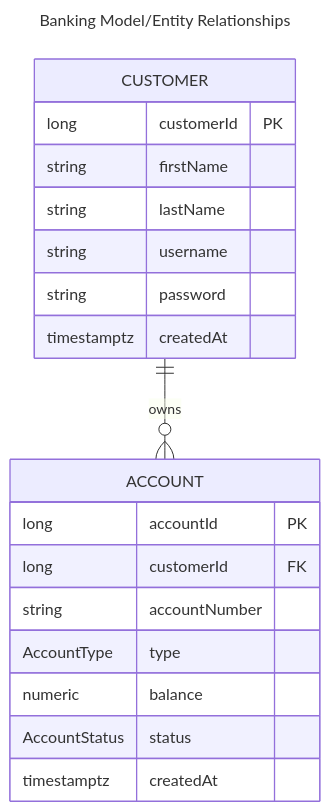
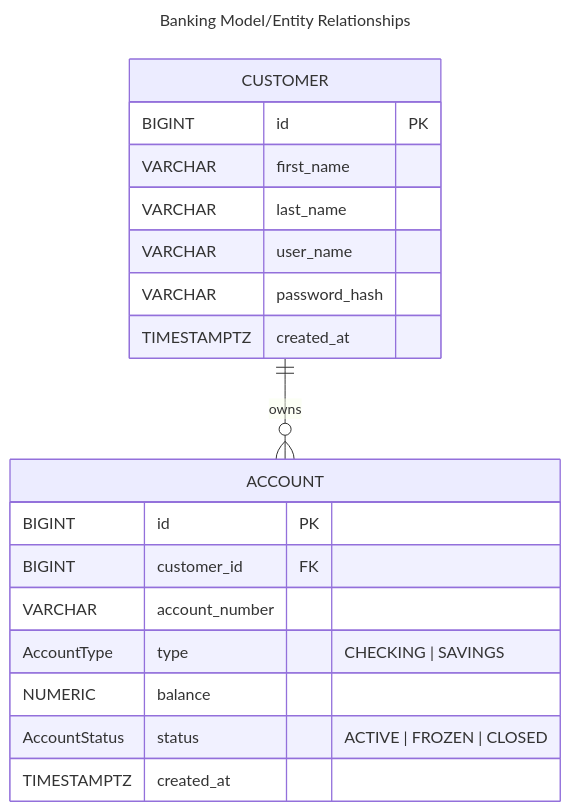
Before and after one commit to schectma/P1BankingApp: the diagram in ERD.md, drawn with Mermaid.

Commit message:
data type conformance to schema

````diff
--- a/ERD.md
+++ b/ERD.md
@@ -1,24 +1,24 @@
 ```mermaid
 ---
 title: Banking Model/Entity Relationships
 ---
 erDiagram
     CUSTOMER ||--o{ ACCOUNT : owns
     CUSTOMER{
-        long customerId PK
-        string firstName
-        string lastName
-        string username
-        string password
-        timestamptz createdAt
+        BIGINT id PK
+        VARCHAR first_name
+        VARCHAR last_name
+        VARCHAR user_name
+        VARCHAR password_hash 
+        TIMESTAMPTZ created_at
     }
     ACCOUNT{
-        long accountId PK
-        long customerId FK
-        string accountNumber
-        AccountType type
-        numeric balance
-        AccountStatus status
-        timestamptz createdAt
+        BIGINT id PK
+        BIGINT customer_id FK
+        VARCHAR account_number
+        AccountType type "CHECKING | SAVINGS"
+        NUMERIC balance
+        AccountStatus status "ACTIVE | FROZEN | CLOSED"
+        TIMESTAMPTZ created_at
     }
 ```
````
